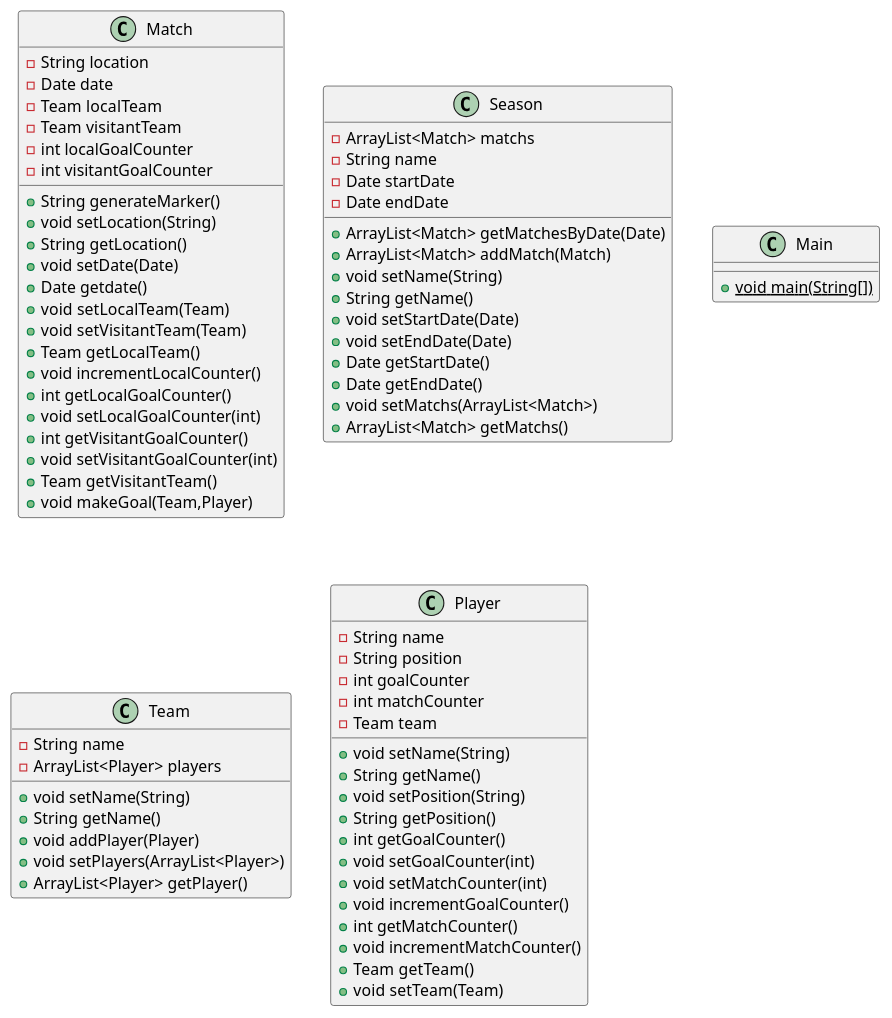
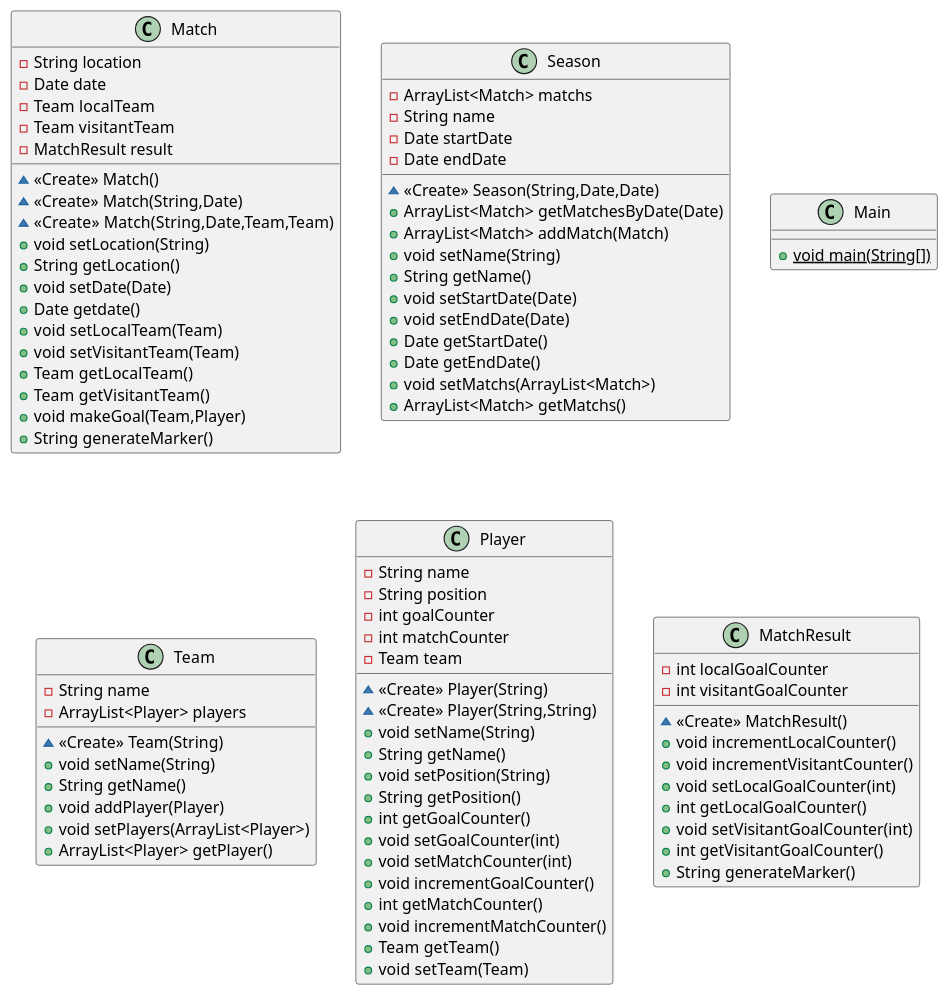
Before and after one commit to GianniBaldizzone/acm2bp_davinci_tournament-1: the diagram in tournament.puml, drawn with PlantUML.

Commit message:
update: uml

```diff
--- a/tournament.puml
+++ b/tournament.puml
@@ -1,72 +1,85 @@
 @startuml
 class Match {
 - String location
 - Date date
 - Team localTeam
 - Team visitantTeam
-- int localGoalCounter
-- int visitantGoalCounter
-+ String generateMarker()
+- MatchResult result
+~ <<Create>> Match()
+~ <<Create>> Match(String,Date)
+~ <<Create>> Match(String,Date,Team,Team)
 + void setLocation(String)
 + String getLocation()
 + void setDate(Date)
 + Date getdate()
 + void setLocalTeam(Team)
 + void setVisitantTeam(Team)
 + Team getLocalTeam()
-+ void incrementLocalCounter()
-+ int getLocalGoalCounter()
-+ void setLocalGoalCounter(int)
-+ int getVisitantGoalCounter()
-+ void setVisitantGoalCounter(int)
 + Team getVisitantTeam()
 + void makeGoal(Team,Player)
++ String generateMarker()
 }
 class Season {
 - ArrayList<Match> matchs
 - String name
 - Date startDate
 - Date endDate
+~ <<Create>> Season(String,Date,Date)
 + ArrayList<Match> getMatchesByDate(Date)
 + ArrayList<Match> addMatch(Match)
 + void setName(String)
 + String getName()
 + void setStartDate(Date)
 + void setEndDate(Date)
 + Date getStartDate()
 + Date getEndDate()
 + void setMatchs(ArrayList<Match>)
 + ArrayList<Match> getMatchs()
 }
 class Main {
 + {static} void main(String[])
 }
 class Team {
 - String name
 - ArrayList<Player> players
+~ <<Create>> Team(String)
 + void setName(String)
 + String getName()
 + void addPlayer(Player)
 + void setPlayers(ArrayList<Player>)
 + ArrayList<Player> getPlayer()
 }
 class Player {
 - String name
 - String position
 - int goalCounter
 - int matchCounter
 - Team team
+~ <<Create>> Player(String)
+~ <<Create>> Player(String,String)
 + void setName(String)
 + String getName()
 + void setPosition(String)
 + String getPosition()
 + int getGoalCounter()
 + void setGoalCounter(int)
 + void setMatchCounter(int)
 + void incrementGoalCounter()
 + int getMatchCounter()
 + void incrementMatchCounter()
 + Team getTeam()
 + void setTeam(Team)
 }
+class MatchResult {
+- int localGoalCounter
+- int visitantGoalCounter
+~ <<Create>> MatchResult()
++ void incrementLocalCounter()
++ void incrementVisitantCounter()
++ void setLocalGoalCounter(int)
++ int getLocalGoalCounter()
++ void setVisitantGoalCounter(int)
++ int getVisitantGoalCounter()
++ String generateMarker()
+}
 @enduml
```
